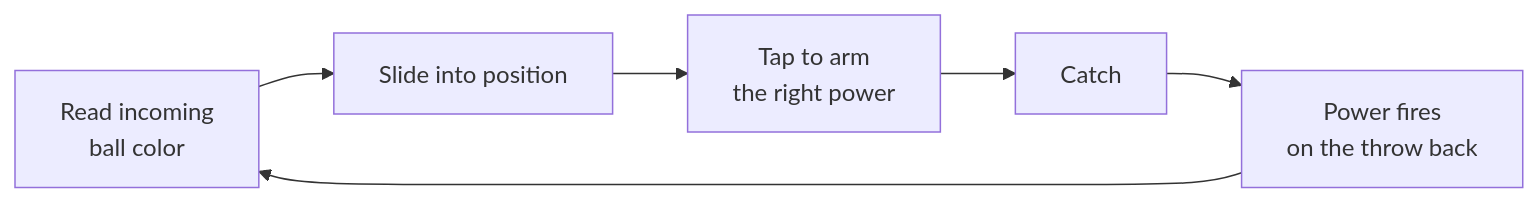
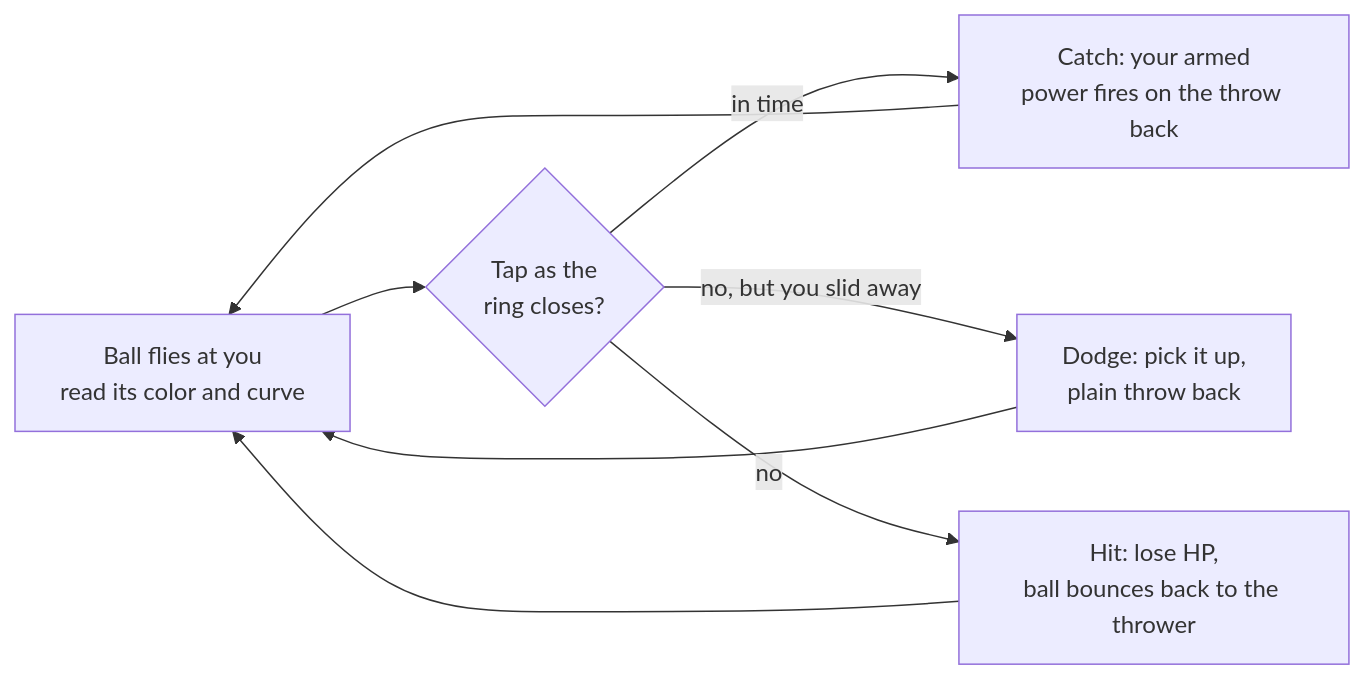
Before and after one commit to rpessottimaia/Chroma-Clash: the diagram in docs/GDD.md, drawn with Mermaid. The commit also changed other lines of this file and 1 other file, not shown here.

````diff
--- a/docs/GDD.md
+++ b/docs/GDD.md
@@ -24,8 +24,10 @@
 ```mermaid
 flowchart LR
-  A[Read incoming<br/>ball color] --> B[Slide into position]
-  B --> C[Tap to arm<br/>the right power]
-  C --> D[Catch]
-  D --> E[Power fires<br/>on the throw back]
+  A[Ball flies at you<br/>read its color and curve] --> B{Tap as the<br/>ring closes?}
+  B -- in time --> C[Catch: your armed<br/>power fires on the throw back]
+  B -- no, but you slid away --> D[Dodge: pick it up,<br/>plain throw back]
+  B -- no --> E[Hit: lose HP,<br/>ball bounces back to the thrower]
+  C --> A
+  D --> A
   E --> A
 ```
````
